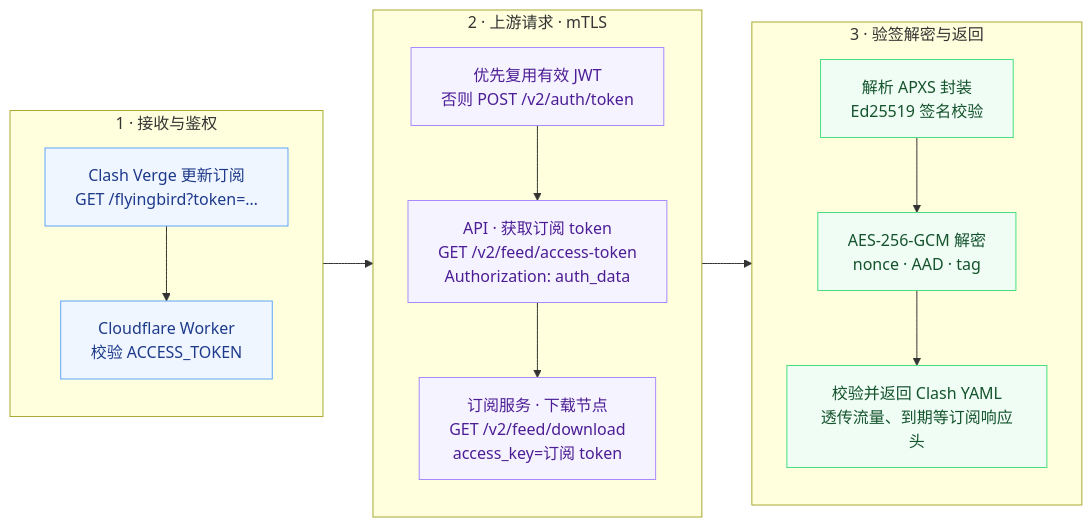
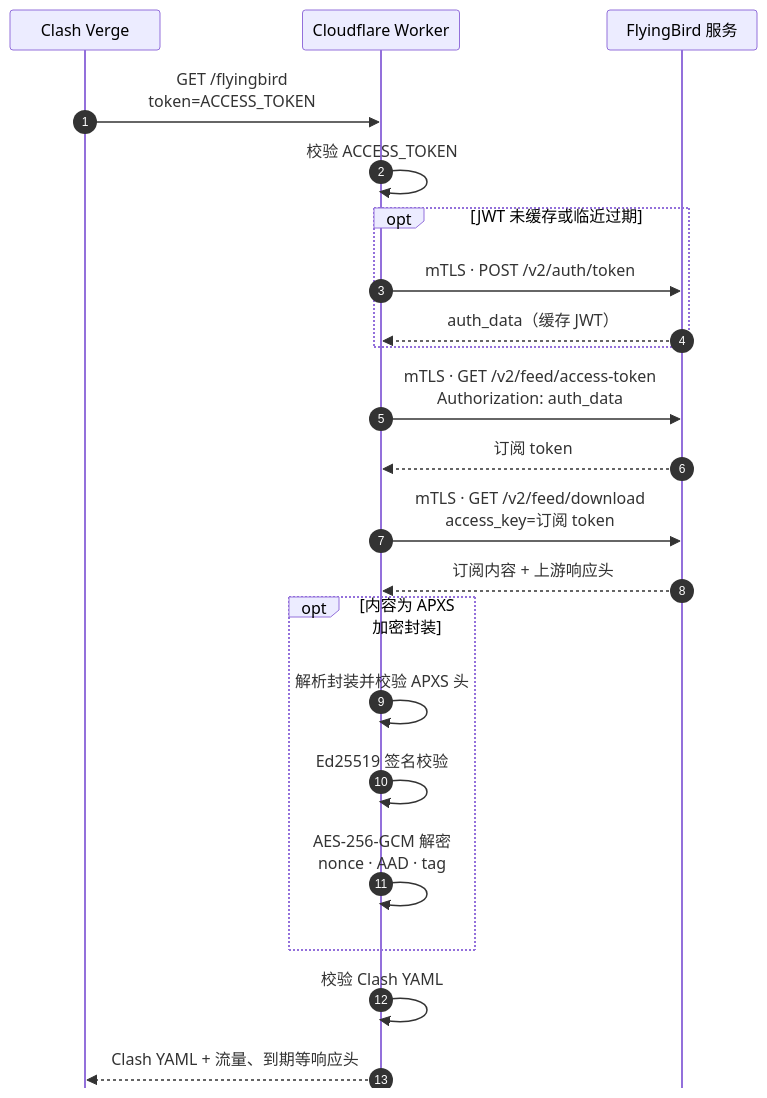
The diagram in README.md (YuanzAAi/flying2sub), drawn with Mermaid before and after one commit.

Commit message:
Keep sequence diagram compact

````diff
--- a/README.md
+++ b/README.md
@@ -13,34 +13,26 @@
 ```mermaid
-flowchart LR
-    subgraph REQUEST["1 · 接收与鉴权"]
-        direction TB
-        C["Clash Verge 更新订阅<br/>GET /flyingbird?token=…"]
-        W["Cloudflare Worker<br/>校验 ACCESS_TOKEN"]
-        C --> W
+%%{init: {"sequence": {"diagramMarginX": 8, "diagramMarginY": 8, "actorMargin": 28, "height": 40, "boxMargin": 6, "messageMargin": 18, "mirrorActors": false}}}%%
+sequenceDiagram
+    autonumber
+    participant CV as Clash Verge
+    participant W as Cloudflare Worker
+    participant FB as FlyingBird 服务
+
+    CV->>W: GET /flyingbird<br/>token=ACCESS_TOKEN
+    W->>W: 校验 ACCESS_TOKEN
+    opt JWT 未缓存或临近过期
+        W->>FB: mTLS · POST /v2/auth/token
+        FB-->>W: auth_data（缓存 JWT）
     end
-
-    subgraph UPSTREAM["2 · 上游请求 · mTLS"]
-        direction TB
-        A["优先复用有效 JWT<br/>否则 POST /v2/auth/token"]
-        T["API · 获取订阅 token<br/>GET /v2/feed/access-token<br/>Authorization: auth_data"]
-        S["订阅服务 · 下载节点<br/>GET /v2/feed/download<br/>access_key=订阅 token"]
-        A --> T --> S
+    W->>FB: mTLS · GET /v2/feed/access-token<br/>Authorization: auth_data
+    FB-->>W: 订阅 token
+    W->>FB: mTLS · GET /v2/feed/download<br/>access_key=订阅 token
+    FB-->>W: 订阅内容 + 上游响应头
+    opt 内容为 APXS 加密封装
+        W->>W: 解析封装并校验 APXS 头
+        W->>W: Ed25519 签名校验
+        W->>W: AES-256-GCM 解密<br/>nonce · AAD · tag
     end
-
-    subgraph DECODE["3 · 验签解密与返回"]
-        direction TB
-        V["解析 APXS 封装<br/>Ed25519 签名校验"]
-        D["AES-256-GCM 解密<br/>nonce · AAD · tag"]
-        Y["校验并返回 Clash YAML<br/>透传流量、到期等订阅响应头"]
-        V --> D --> Y
-    end
-
-    REQUEST --> UPSTREAM --> DECODE
-
-    classDef client fill:#eff6ff,stroke:#60a5fa,color:#1e3a8a
-    classDef upstream fill:#f5f3ff,stroke:#a78bfa,color:#4c1d95
-    classDef decode fill:#f0fdf4,stroke:#4ade80,color:#14532d
-    class C,W client
-    class A,T,S upstream
-    class V,D,Y decode
+    W->>W: 校验 Clash YAML
+    W-->>CV: Clash YAML + 流量、到期等响应头
 ```
````
